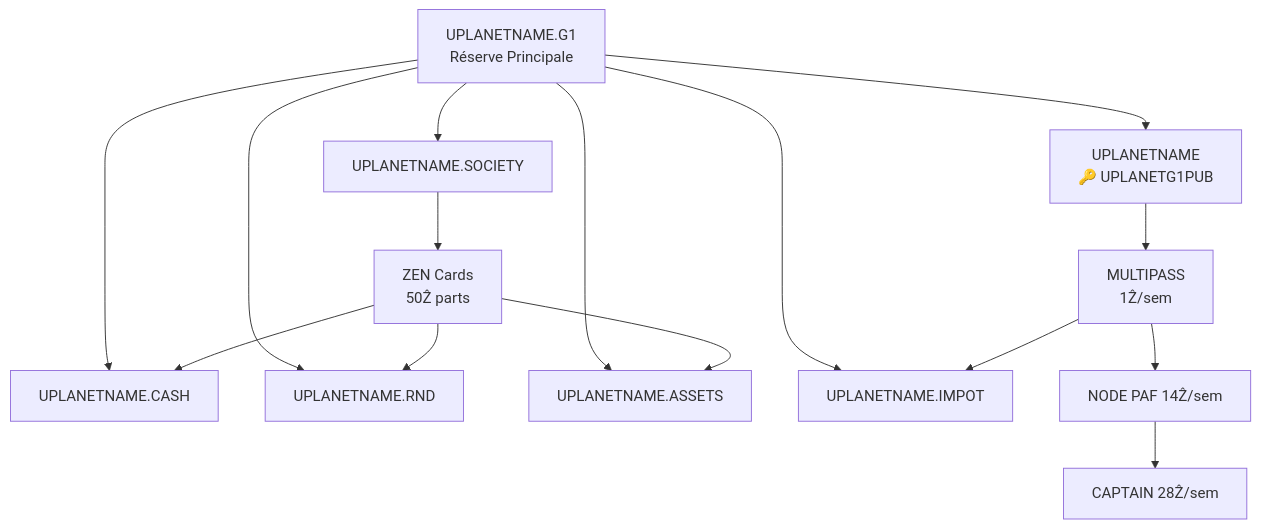
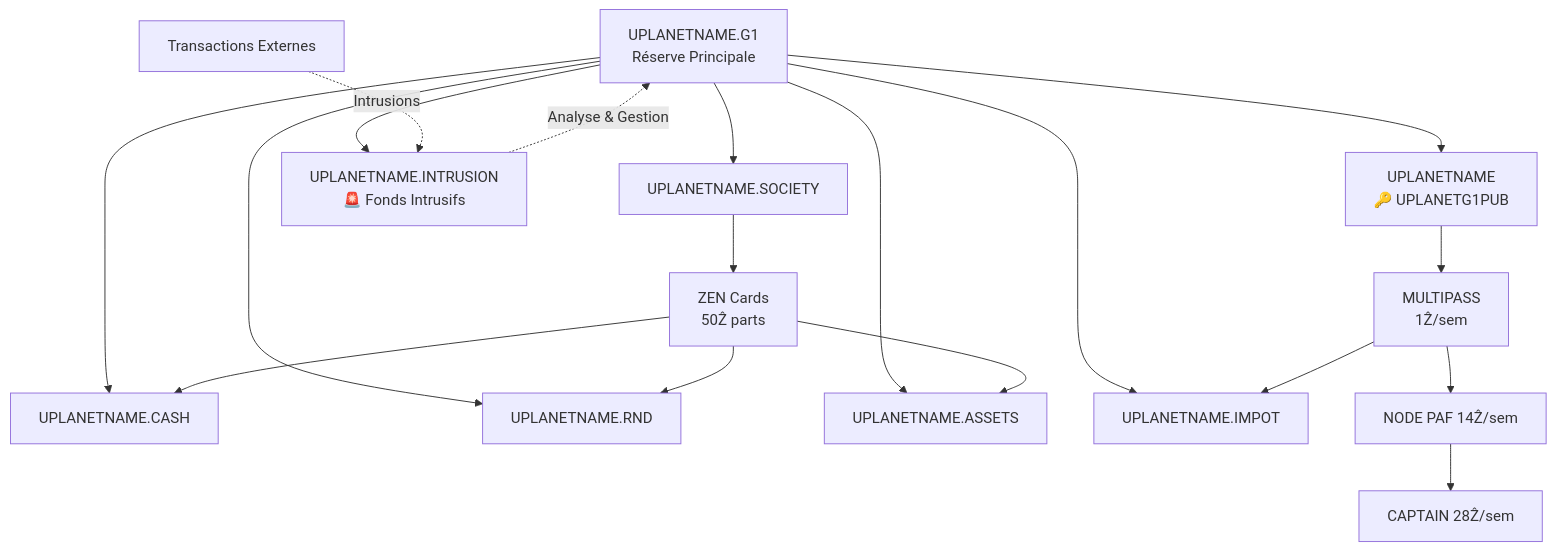
One commit to papiche/Astroport.ONE changed the diagram in RUNTIME/ZEN.INTRUSION.POLICY.md. Above: the diagram before and after it, drawn with Mermaid. The commit also changed other lines of this file and 4 other files, not shown here.

Commit message:
dedicated UPLANETNAME.INTRUSION wallet for centralized intrusion management

````diff
--- a/RUNTIME/ZEN.INTRUSION.POLICY.md
+++ b/RUNTIME/ZEN.INTRUSION.POLICY.md
@@ -5,20 +5,25 @@
 ```mermaid
 graph TD
     G1[UPLANETNAME.G1<br/>Réserve Principale] --> UP[UPLANETNAME<br/>🔑 UPLANETG1PUB]
     G1 --> SOC[UPLANETNAME.SOCIETY]
     G1 --> CASH[UPLANETNAME.CASH]
     G1 --> RND[UPLANETNAME.RND]
     G1 --> ASSETS[UPLANETNAME.ASSETS]
     G1 --> IMPOT[UPLANETNAME.IMPOT]
+    G1 --> INTRUSION[UPLANETNAME.INTRUSION<br/>🚨 Fonds Intrusifs]
     
     UP --> MP[MULTIPASS<br/>1Ẑ/sem]
     SOC --> ZC[ZEN Cards<br/>50Ẑ parts]
     
     ZC --> CASH
     ZC --> RND
     ZC --> ASSETS
     
     MP --> NODE[NODE PAF 14Ẑ/sem]
     NODE --> CAPT[CAPTAIN 28Ẑ/sem]
     MP --> IMPOT
+    
+    %% Flux d'intrusions
+    EXTERNAL[Transactions Externes] -.->|Intrusions| INTRUSION
+    INTRUSION -.->|Analyse & Gestion| G1
 ```
````
